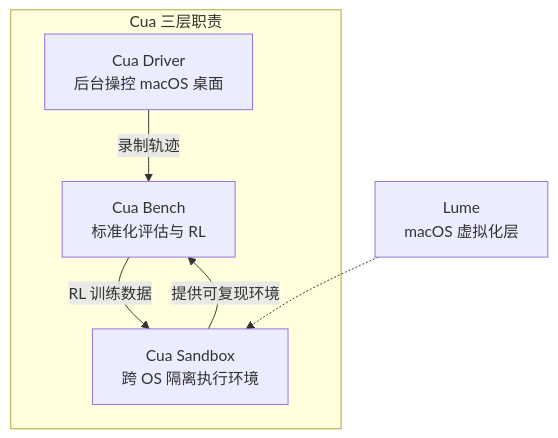
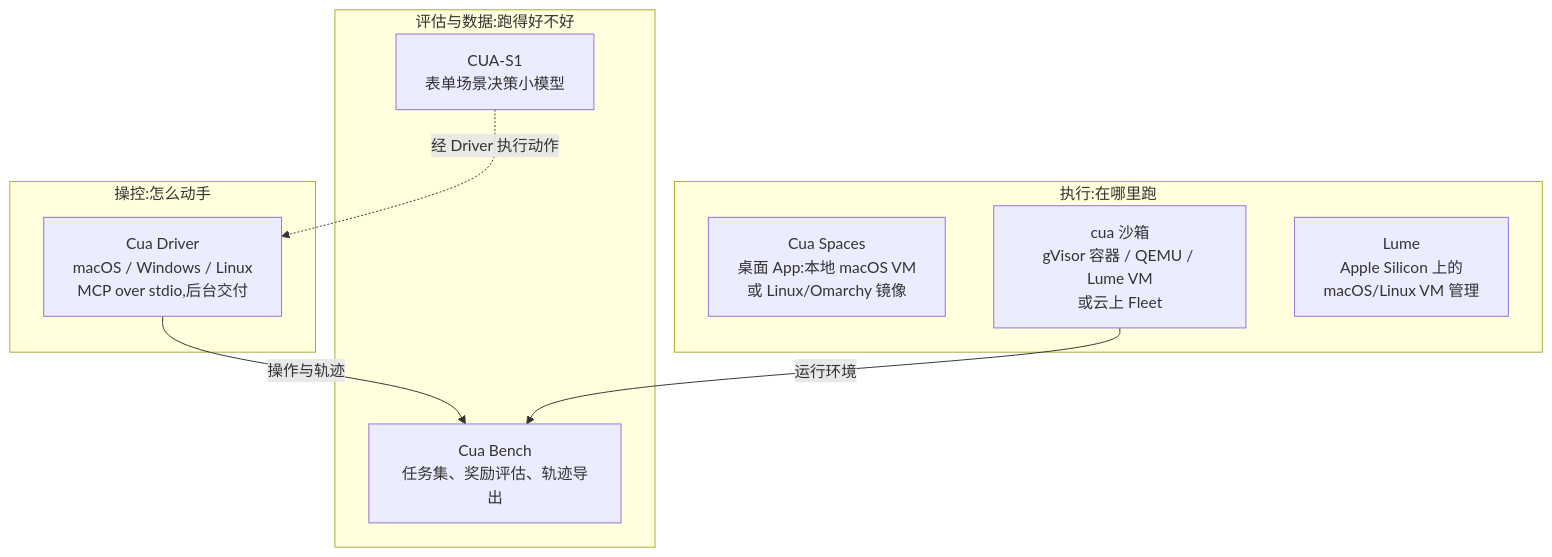
The first of 2 diagrams in content/posts/tech/cua-computer-use-agent-infrastructure-guide.md (A1pha3/text-matrix), drawn with Mermaid before and after one commit. The commit also changed other lines of this file and 331 other files, not shown here.

````diff
--- a/content/posts/tech/cua-computer-use-agent-infrastructure-guide.md
+++ b/content/posts/tech/cua-computer-use-agent-infrastructure-guide.md
@@ -40,14 +28,21 @@
 ```mermaid
 flowchart TB
-    subgraph CuaLayer["Cua 三层职责"]
-        Driver["Cua Driver<br/>后台操控 macOS 桌面"]
-        Sandbox["Cua Sandbox<br/>跨 OS 隔离执行环境"]
-        Bench["Cua Bench<br/>标准化评估与 RL"]
+    subgraph control["操控:怎么动手"]
+        Driver["Cua Driver<br/>macOS / Windows / Linux<br/>MCP over stdio,后台交付"]
     end
 
-    Driver -- "录制轨迹" --> Bench
-    Sandbox -- "提供可复现环境" --> Bench
-    Bench -- "RL 训练数据" --> Sandbox
+    subgraph runtime["执行:在哪里跑"]
+        Spaces["Cua Spaces<br/>桌面 App:本地 macOS VM<br/>或 Linux/Omarchy 镜像"]
+        SB["cua 沙箱<br/>gVisor 容器 / QEMU / Lume VM<br/>或云上 Fleet"]
+        Lume["Lume<br/>Apple Silicon 上的<br/>macOS/Linux VM 管理"]
+    end
 
-    Lume["Lume<br/>macOS 虚拟化层"] -.-> Sandbox
+    subgraph eval["评估与数据:跑得好不好"]
+        Bench["Cua Bench<br/>任务集、奖励评估、轨迹导出"]
+        S1["CUA-S1<br/>表单场景决策小模型"]
+    end
+
+    Driver -- "操作与轨迹" --> Bench
+    SB -- "运行环境" --> Bench
+    S1 -. "经 Driver 执行动作" .-> Driver
 ```
````
